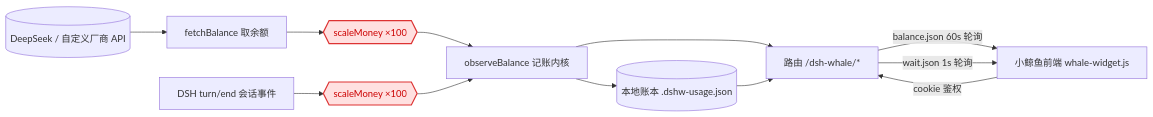
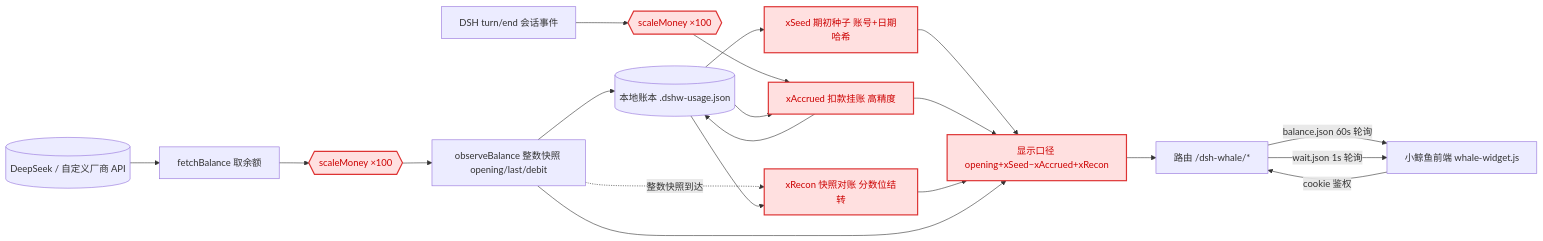
Before and after one commit to AaronShawn/DeepSeek-Balance-Whale-Widget: the diagram in README.md, drawn with Mermaid. The commit also changed other lines of this file, not shown here.

Commit message:
docs: README 同步小数位挂账结转——介绍补第 7 项功能，架构图加入 xSeed/xAccrued/xRecon/显示口径层（改动点标红）

````diff
--- a/README.md
+++ b/README.md
@@ -52,23 +54,34 @@
 ```mermaid
 flowchart LR
   API[(DeepSeek / 自定义厂商 API)]
   FB[fetchBalance 取余额]
   SM1{{scaleMoney ×100}}
-  OBS[observeBalance 记账内核]
-  LED[(本地账本 .dshw-usage.json)]
+  OBS[observeBalance 整数快照 opening/last/debit]
   EVT[DSH turn/end 会话事件]
   SM2{{scaleMoney ×100}}
+  ACC[xAccrued 扣款挂账 高精度]
+  SEED[xSeed 期初种子 账号+日期哈希]
+  RECON[xRecon 快照对账 分数位结转]
+  DISP[显示口径 opening+xSeed−xAccrued+xRecon]
+  LED[(本地账本 .dshw-usage.json)]
   ROUTE[路由 /dsh-whale/*]
   WIDGET[小鲸鱼前端 whale-widget.js]
 
   API --> FB --> SM1 --> OBS --> LED
-  EVT --> SM2 --> OBS
-  OBS --> ROUTE
-  LED --> ROUTE
+  EVT --> SM2 --> ACC --> LED
+  OBS -.整数快照到达.-> RECON
+  LED --> SEED
+  LED --> ACC
+  LED --> RECON
+  SEED --> DISP
+  ACC --> DISP
+  RECON --> DISP
+  OBS --> DISP
+  DISP --> ROUTE
   ROUTE -->|balance.json 60s 轮询| WIDGET
   ROUTE -->|wait.json 1s 轮询| WIDGET
   WIDGET -->|cookie 鉴权| ROUTE
 
   classDef changed fill:#ffe0e0,stroke:#d33,stroke-width:2px,color:#c00
-  class SM1,SM2 changed
+  class SM1,SM2,ACC,SEED,RECON,DISP changed
 ```
````
